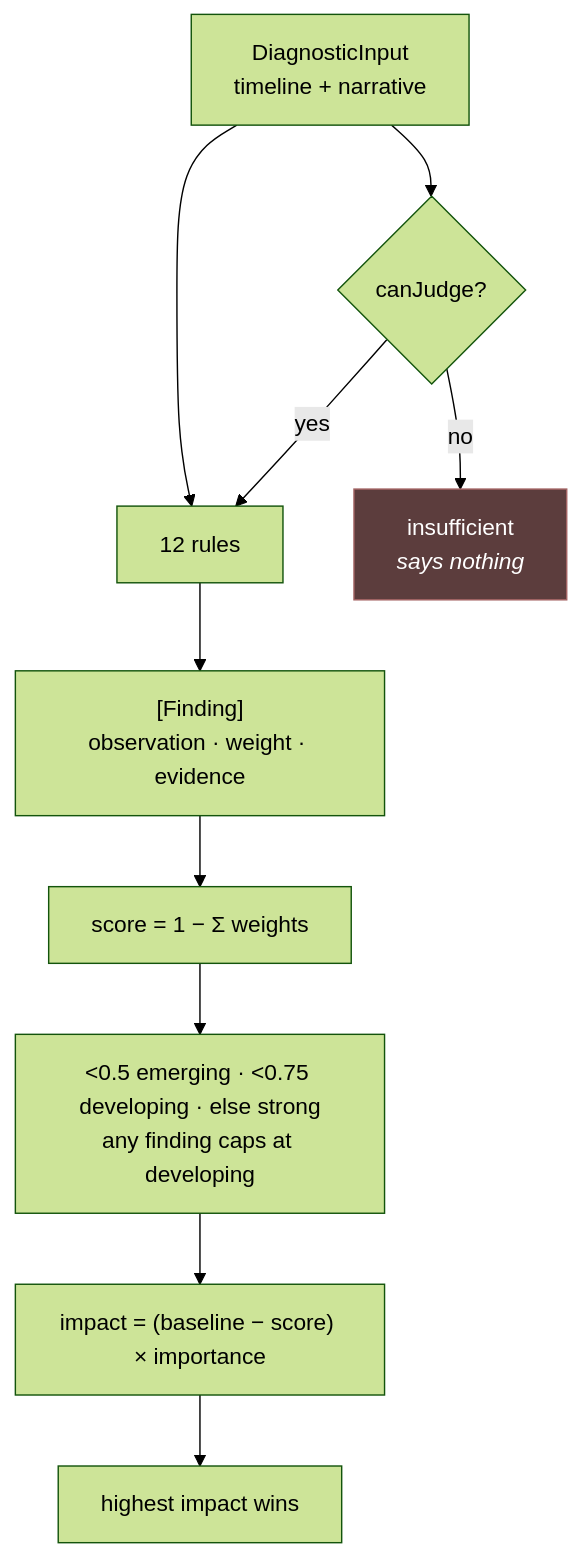
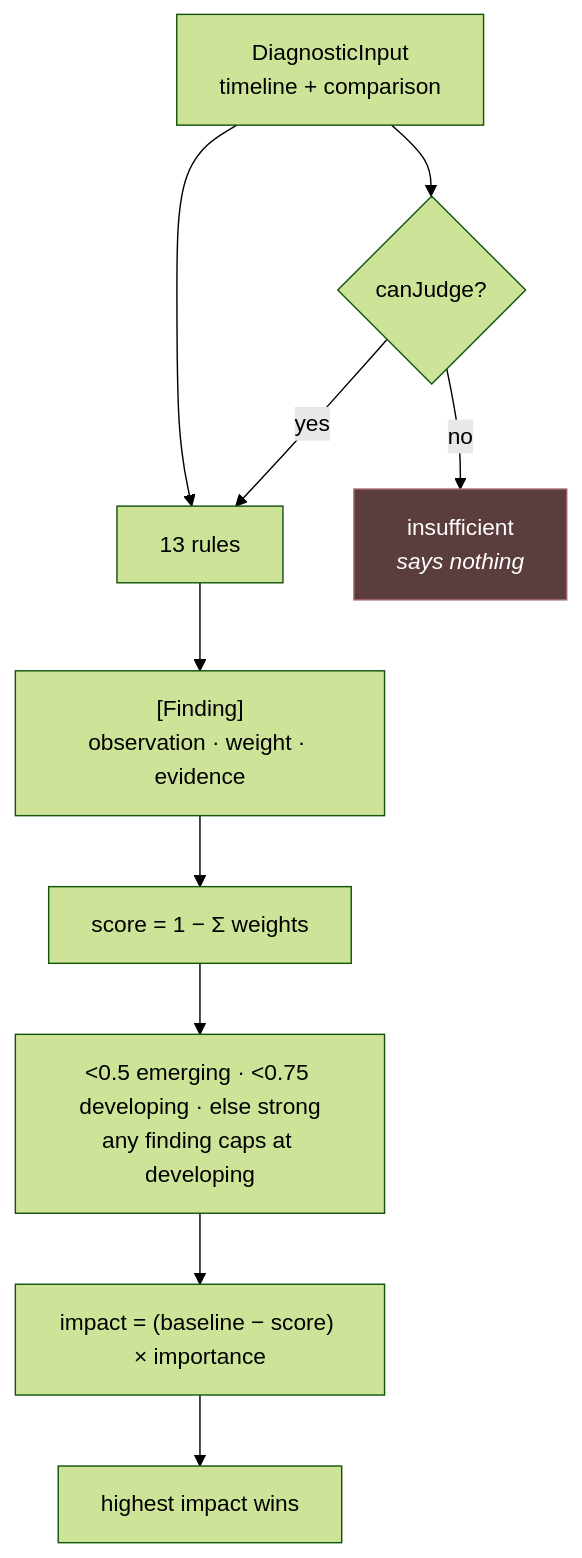
Before and after one commit to UjjawalPrabhat/conteur: the fourth of 5 diagrams in Conteur/Core/README.md, drawn with Mermaid (forest theme). The commit also changed other lines of this file and 16 other files, not shown here.

````diff
--- a/Conteur/Core/README.md
+++ b/Conteur/Core/README.md
@@ -190,14 +188,14 @@
 ```mermaid
 flowchart TD
-    input["DiagnosticInput<br/>timeline + narrative"] --> r["12 rules"]
+    input["DiagnosticInput<br/>timeline + comparison"] --> r["13 rules"]
     r --> f["[Finding]<br/>observation · weight · evidence"]
     input --> judge{"canJudge?"}
     judge -->|no| ins["insufficient<br/><i>says nothing</i>"]
     judge -->|yes| r
     f --> sc["score = 1 − Σ weights"]
     sc --> band["&lt;0.5 emerging · &lt;0.75 developing · else strong<br/>any finding caps at developing"]
     band --> imp["impact = (baseline − score) × importance"]
     imp --> focus["highest impact wins"]
 
     style ins fill:#5c3d3d,stroke:#a36363,color:#fff
 ```
````
